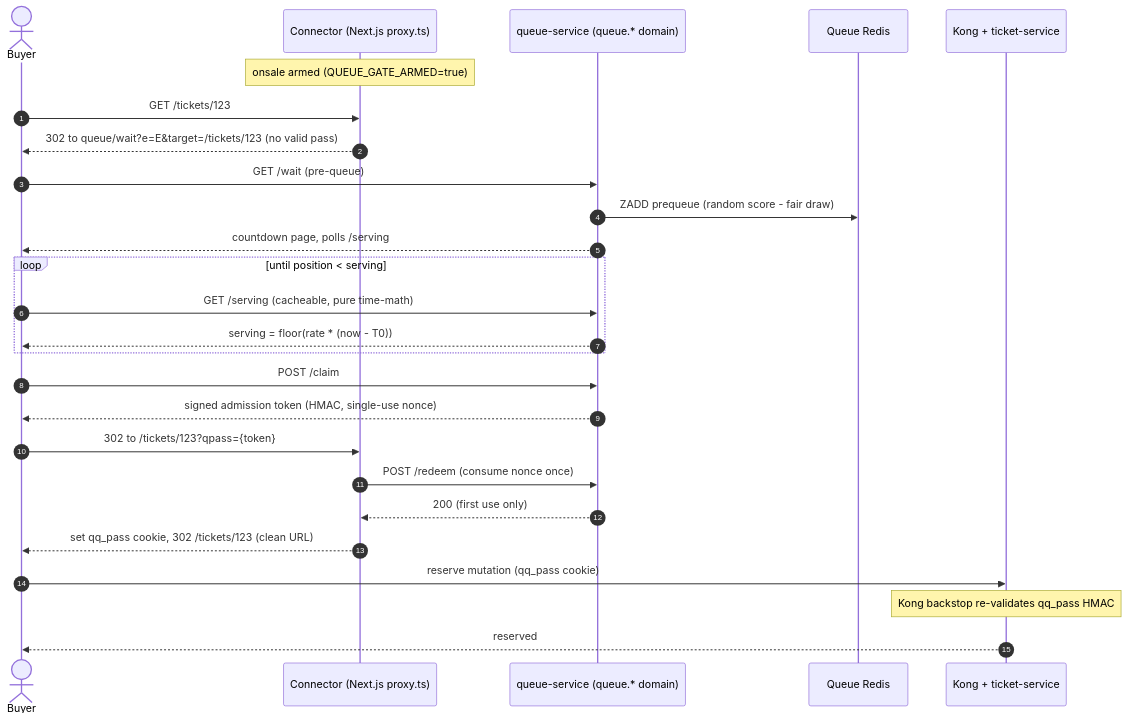
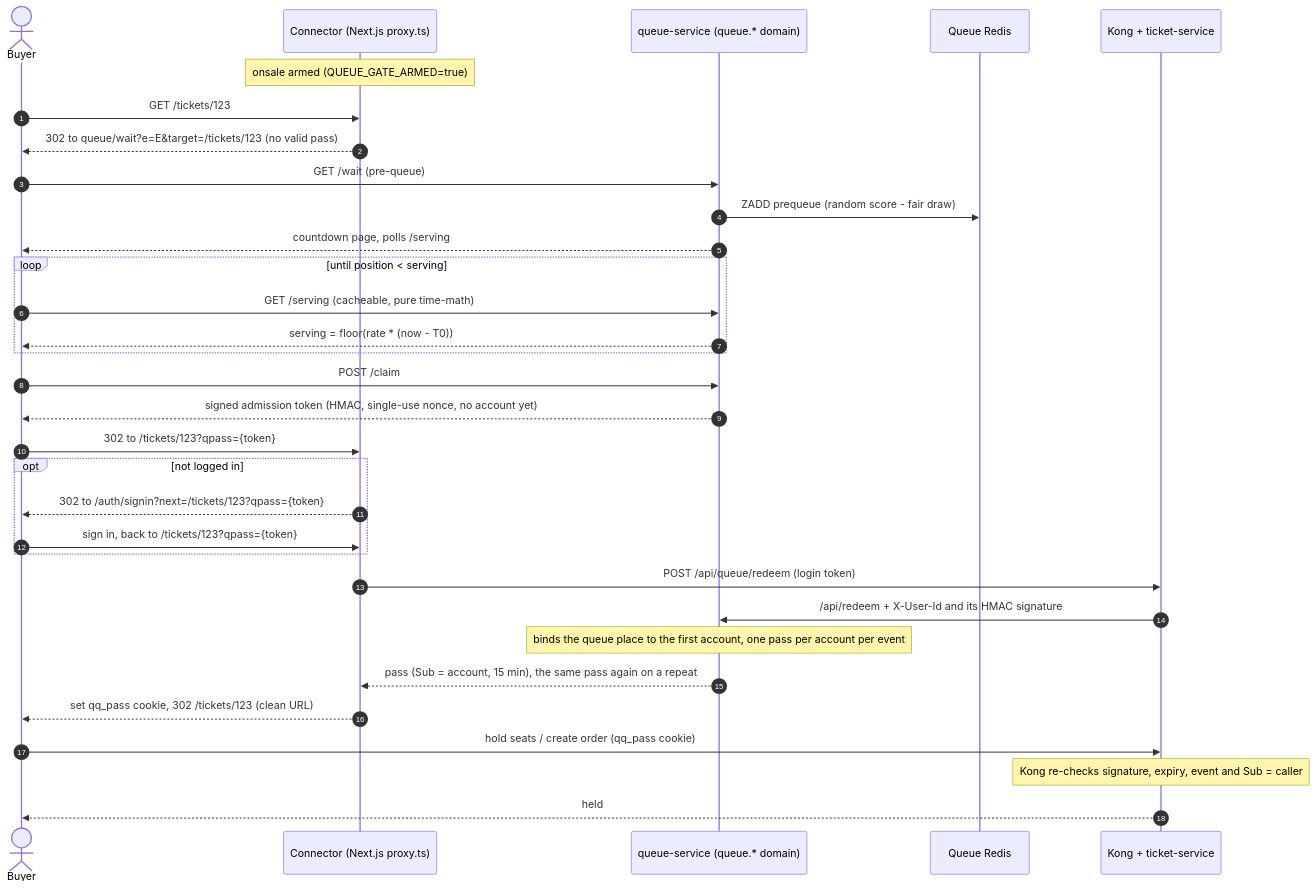
The diagram in docs/diagrams/06-waiting-room-flow.mermaid (emmilcheung/k8s-multi-language-gRPC-microservice), drawn with Mermaid before and after one commit. The commit also changed 7 other files, not shown here.

Commit message:
docs: describe the account-bound waiting-room pass and gated purchase writes

```diff
--- a/docs/diagrams/06-waiting-room-flow.mermaid
+++ b/docs/diagrams/06-waiting-room-flow.mermaid
@@ -1,27 +1,33 @@
 sequenceDiagram
     autonumber
     actor B as Buyer
     participant C as Connector (Next.js proxy.ts)
     participant Q as queue-service (queue.* domain)
     participant R as Queue Redis
     participant K as Kong + ticket-service
 
     Note over C: onsale armed (QUEUE_GATE_ARMED=true)
     B->>C: GET /tickets/123
     C-->>B: 302 to queue/wait?e=E&target=/tickets/123 (no valid pass)
     B->>Q: GET /wait (pre-queue)
     Q->>R: ZADD prequeue (random score - fair draw)
     Q-->>B: countdown page, polls /serving
     loop until position < serving
         B->>Q: GET /serving (cacheable, pure time-math)
         Q-->>B: serving = floor(rate * (now - T0))
     end
     B->>Q: POST /claim
-    Q-->>B: signed admission token (HMAC, single-use nonce)
+    Q-->>B: signed admission token (HMAC, single-use nonce, no account yet)
     B->>C: 302 to /tickets/123?qpass={token}
-    C->>Q: POST /redeem (consume nonce once)
-    Q-->>C: 200 (first use only)
+    opt not logged in
+        C-->>B: 302 to /auth/signin?next=/tickets/123?qpass={token}
+        B->>C: sign in, back to /tickets/123?qpass={token}
+    end
+    C->>K: POST /api/queue/redeem (login token)
+    K->>Q: /api/redeem + X-User-Id and its HMAC signature
+    Note over Q: binds the queue place to the first account, one pass per account per event
+    Q-->>C: pass (Sub = account, 15 min), the same pass again on a repeat
     C-->>B: set qq_pass cookie, 302 /tickets/123 (clean URL)
-    B->>K: reserve mutation (qq_pass cookie)
-    Note over K: Kong backstop re-validates qq_pass HMAC
-    K-->>B: reserved
+    B->>K: hold seats / create order (qq_pass cookie)
+    Note over K: Kong re-checks signature, expiry, event and Sub = caller
+    K-->>B: held
```
